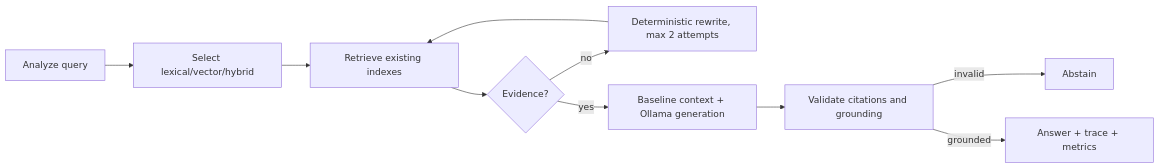
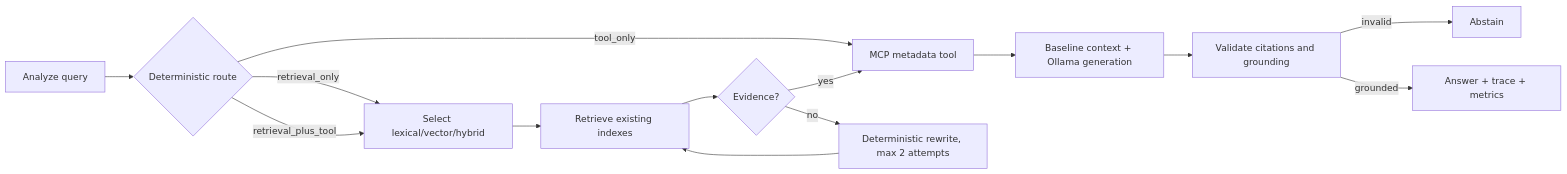
Before and after one commit to hectordufau/productionagentrag: the diagram in docs/AGENTIC-RAG.md, drawn with Mermaid. The commit also changed 9 other files, not shown here.

Commit message:
feat: integrate allowlisted MCP metadata tool

````diff
--- a/docs/AGENTIC-RAG.md
+++ b/docs/AGENTIC-RAG.md
@@ -7,12 +7,16 @@
 ```mermaid
 flowchart LR
-  A[Analyze query] --> B[Select lexical/vector/hybrid]
+  A[Analyze query] --> R{Deterministic route}
+  R -->|retrieval_only| B[Select lexical/vector/hybrid]
+  R -->|tool_only| T[MCP metadata tool]
+  R -->|retrieval_plus_tool| B
   B --> C[Retrieve existing indexes]
   C --> D{Evidence?}
   D -- no --> E[Deterministic rewrite, max 2 attempts]
   E --> C
-  D -- yes --> F[Baseline context + Ollama generation]
+  D -- yes --> T
+  T --> F[Baseline context + Ollama generation]
   F --> G[Validate citations and grounding]
   G -- invalid --> H[Abstain]
   G -- grounded --> I[Answer + trace + metrics]
 ```
````
